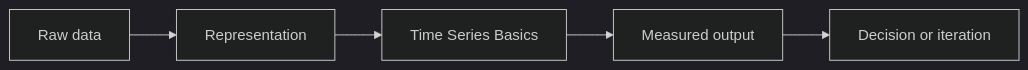
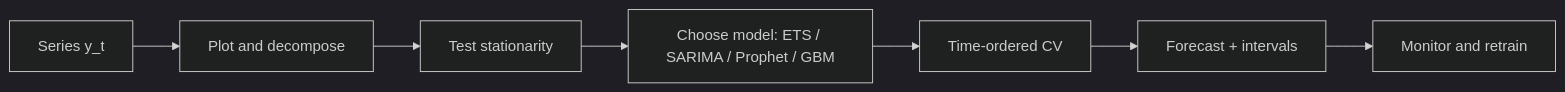
The diagram in classical-ml/15-time-series-basics.md (Icon1cc/Machine-Learning), drawn with Mermaid (dark theme) before and after one commit. The commit also changed other lines of this file and 264 other files, not shown here.

````diff
--- a/classical-ml/15-time-series-basics.md
+++ b/classical-ml/15-time-series-basics.md
@@ -92,7 +220,9 @@
 ```mermaid
 flowchart LR
-    A[Raw data] --> B[Representation]
-    B --> C[Time Series Basics]
-    C --> D[Measured output]
-    D --> E[Decision or iteration]
+    Y[Series y_t] --> P[Plot and decompose]
+    P --> S[Test stationarity]
+    S --> M[Choose model: ETS / SARIMA / Prophet / GBM]
+    M --> CV[Time-ordered CV]
+    CV --> F[Forecast + intervals]
+    F --> O[Monitor and retrain]
 ```
````
